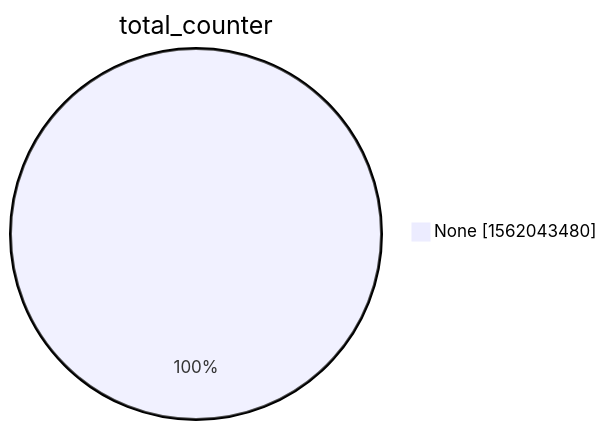
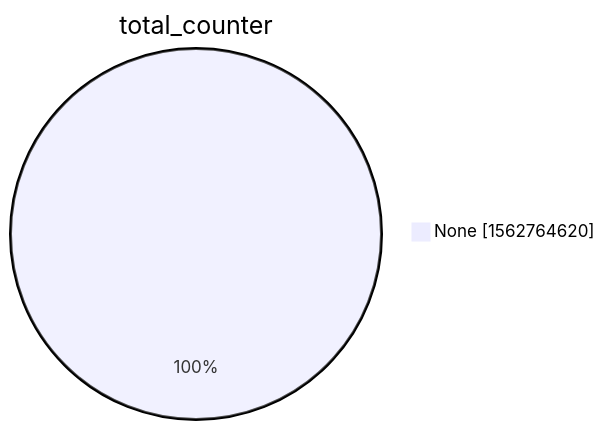
The second of 15 diagrams in xenon2022/README.md (christiankrug/ctmonitor_visualization), drawn with Mermaid before and after one commit. The commit also changed other lines of this file, not shown here.

````diff
--- a/xenon2022/README.md
+++ b/xenon2022/README.md
@@ -9,5 +9,5 @@
 ```mermaid
 pie showData
 title total_counter
-"None" :1562043480
+"None" :1562764620
 ```
````
